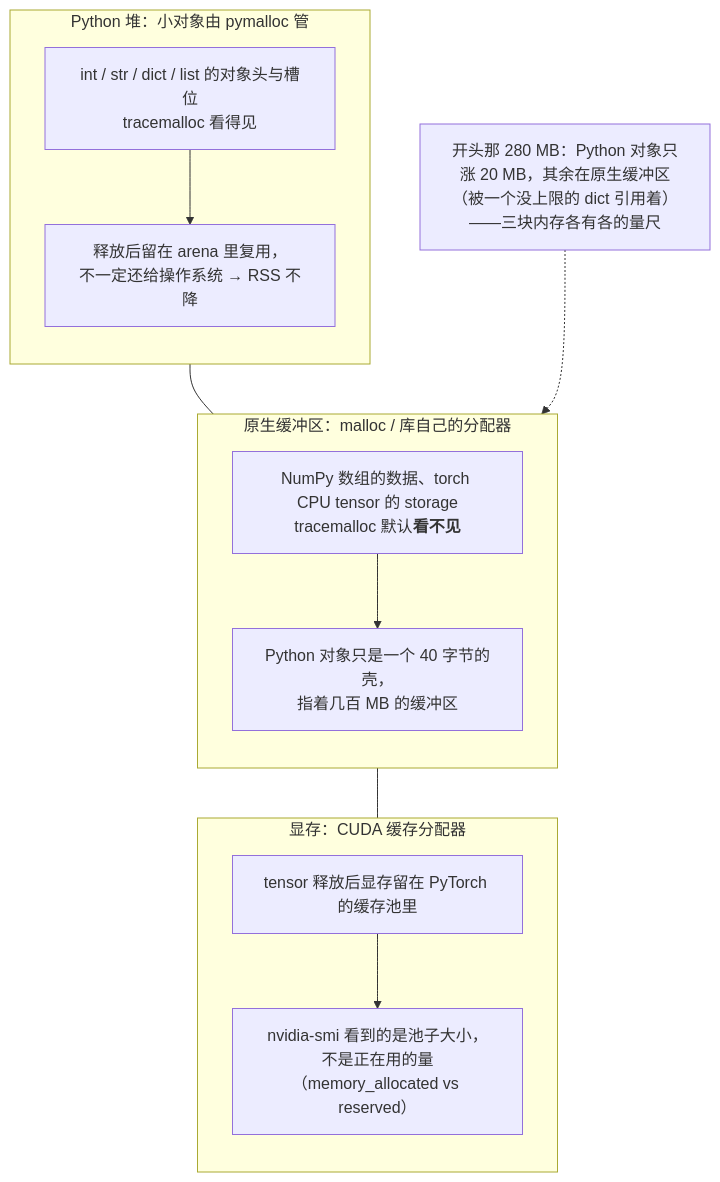
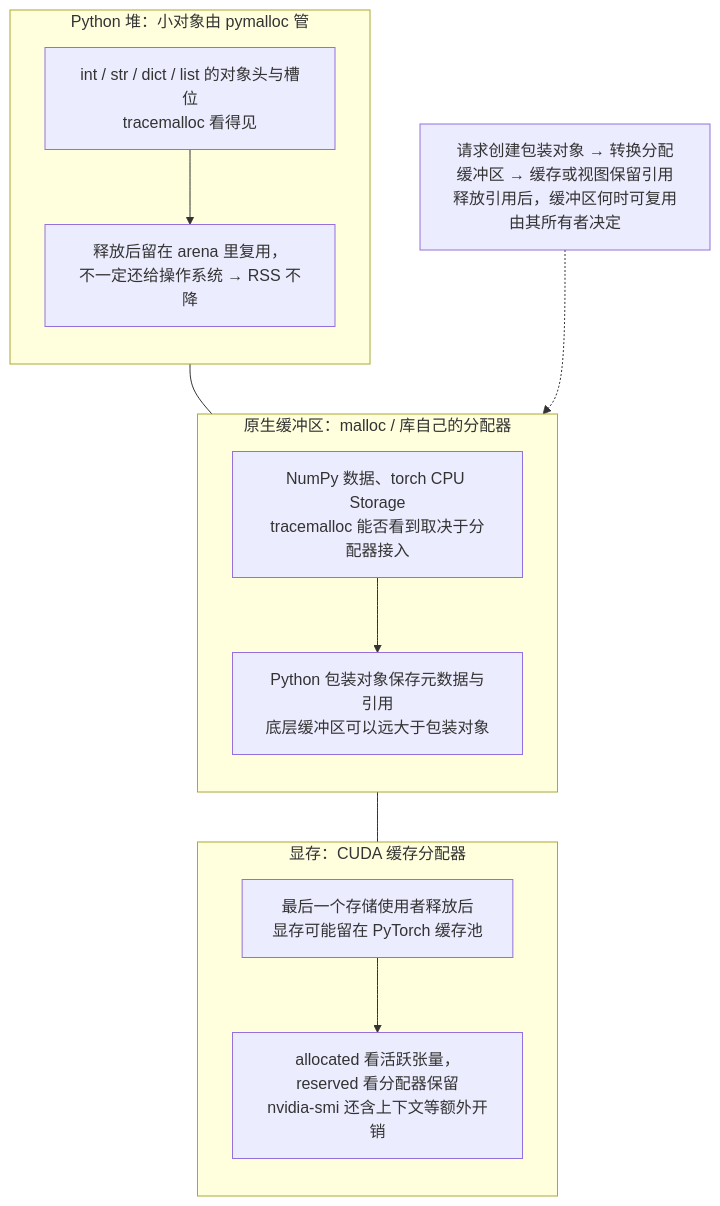
The first of 5 diagrams in _posts/2026-01-28-python-memory-management-and-optimization.md (arganzheng/arganzheng.github.com), drawn with Mermaid before and after one commit. The commit also changed other lines of this file and 1 other file, not shown here.

First line of the commit message:
docs(python): 完善并发与内存篇的机制图和运行时边界

````diff
--- a/_posts/2026-01-28-python-memory-management-and-optimization.md
+++ b/_posts/2026-01-28-python-memory-management-and-optimization.md
@@ -21,20 +21,20 @@
 ```mermaid
+%% 图：三块内存各有各的量尺：Python 堆（pymalloc）、原生缓冲区、CUDA 缓存分配器
 %%{init: {"flowchart": {"wrappingWidth": 230}}}%%
-%% 图：三块内存各有各的量尺：Python 堆（pymalloc）、原生缓冲区、CUDA 缓存分配器
 flowchart TB
     subgraph PY["Python 堆：小对象由 pymalloc 管"]
         direction TB
         P1["int / str / dict / list 的对象头与槽位<br/>tracemalloc 看得见"] --> P2["释放后留在 arena 里复用，<br/>不一定还给操作系统 → RSS 不降"]
     end
     subgraph NAT["原生缓冲区：malloc / 库自己的分配器"]
         direction TB
-        N1["NumPy 数组的数据、torch CPU tensor 的 storage<br/>tracemalloc 默认<b>看不见</b>"] --> N2["Python 对象只是一个 40 字节的壳，<br/>指着几百 MB 的缓冲区"]
+        N1["NumPy 数据、torch CPU Storage<br/>tracemalloc 能否看到取决于分配器接入"] --> N2["Python 包装对象保存元数据与引用<br/>底层缓冲区可以远大于包装对象"]
     end
     subgraph GPU["显存：CUDA 缓存分配器"]
         direction TB
-        G1["tensor 释放后显存留在 PyTorch 的缓存池里"] --> G2["nvidia-smi 看到的是池子大小，<br/>不是正在用的量（memory_allocated vs reserved）"]
+        G1["最后一个存储使用者释放后<br/>显存可能留在 PyTorch 缓存池"] --> G2["allocated 看活跃张量，reserved 看分配器保留<br/>nvidia-smi 还含上下文等额外开销"]
     end
     PY --- NAT --- GPU
-    X["开头那 280 MB：Python 对象只涨 20 MB，其余在原生缓冲区（被一个没上限的 dict 引用着）——三块内存各有各的量尺"] -.-> NAT
+    X["请求创建包装对象 → 转换分配缓冲区 → 缓存或视图保留引用<br/>释放引用后，缓冲区何时可复用由其所有者决定"] -.-> NAT
 
 ```
````
